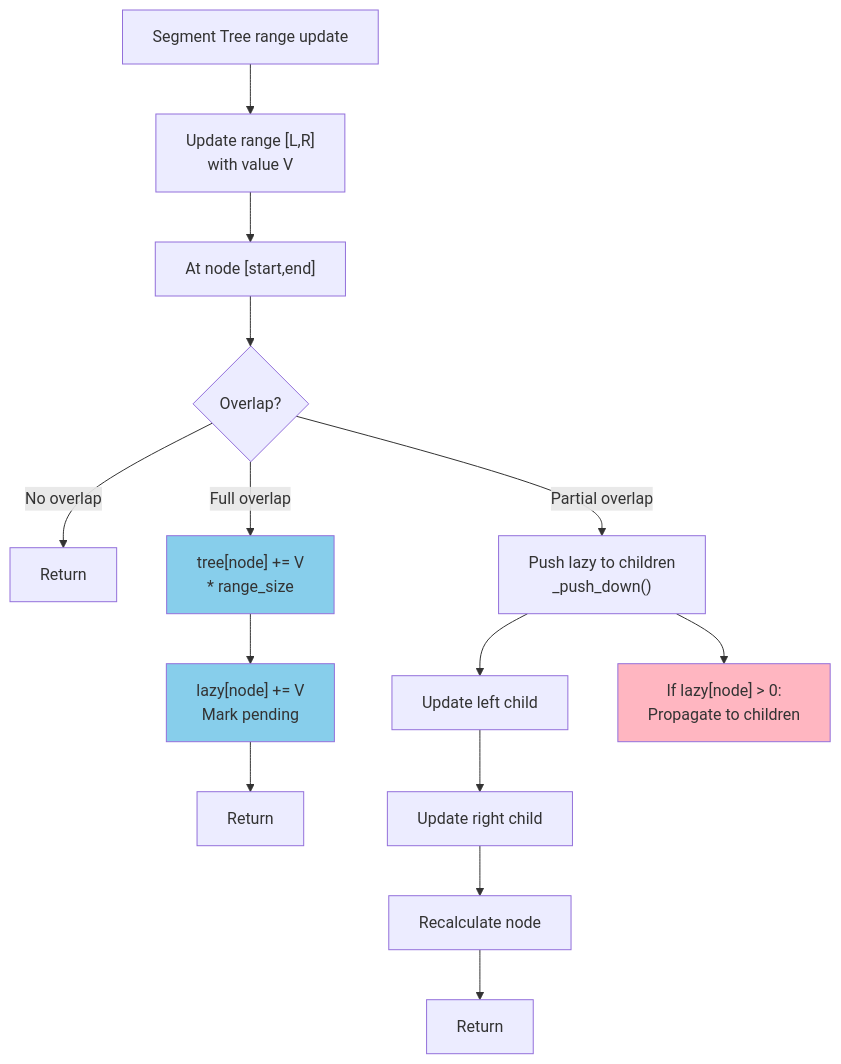
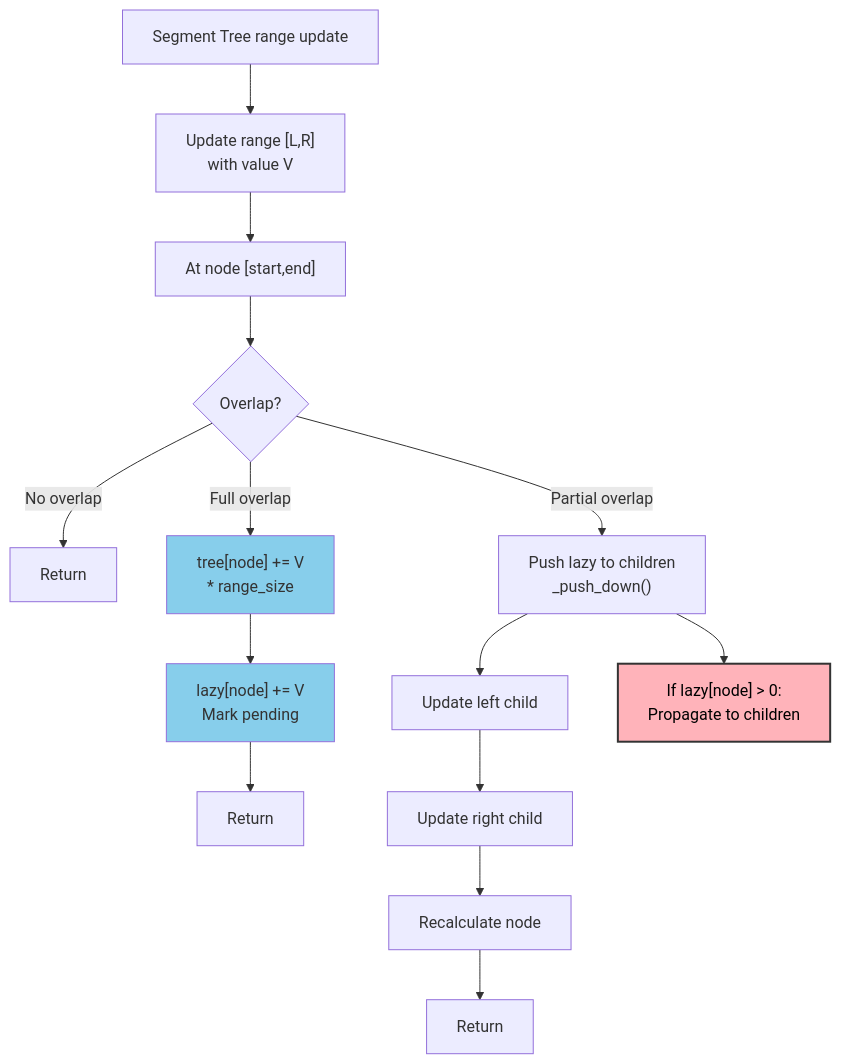
The third of 4 diagrams in docs/advanced/segment_tree.md (souradeepta/interviewprep), drawn with Mermaid before and after one commit. The commit also changed other lines of this file and 31 other files, not shown here.

Commit message:
updated graphs

````diff
--- a/docs/advanced/segment_tree.md
+++ b/docs/advanced/segment_tree.md
@@ -65,23 +65,23 @@
 ```mermaid
 graph TD
     A["Segment Tree range update"] --> B["Update range [L,R]<br/>with value V"]
     B --> C["At node [start,end]"]
     C --> D{"Overlap?"}
     
     D -->|No overlap| E["Return"]
     D -->|Full overlap| F["tree[node] += V<br/>* range_size"]
     F --> G["lazy[node] += V<br/>Mark pending"]
     G --> H["Return"]
     
     D -->|Partial overlap| I["Push lazy to children<br/>_push_down()"]
     I --> J["Update left child"]
     J --> K["Update right child"]
     K --> L["Recalculate node"]
     L --> M["Return"]
     
     I --> N["If lazy[node] > 0:<br/>Propagate to children"]
     
     style F fill:#87CEEB
     style G fill:#87CEEB
-    style N fill:#FFB6C1
+    style N fill:#ffb3ba,color:#000,stroke:#333,stroke-width:2px
 ```
````
